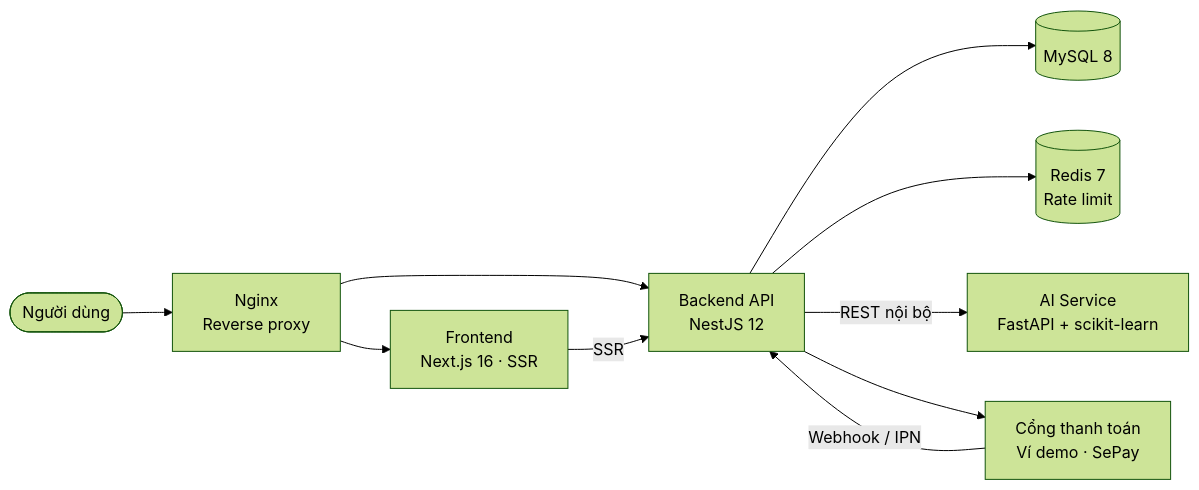
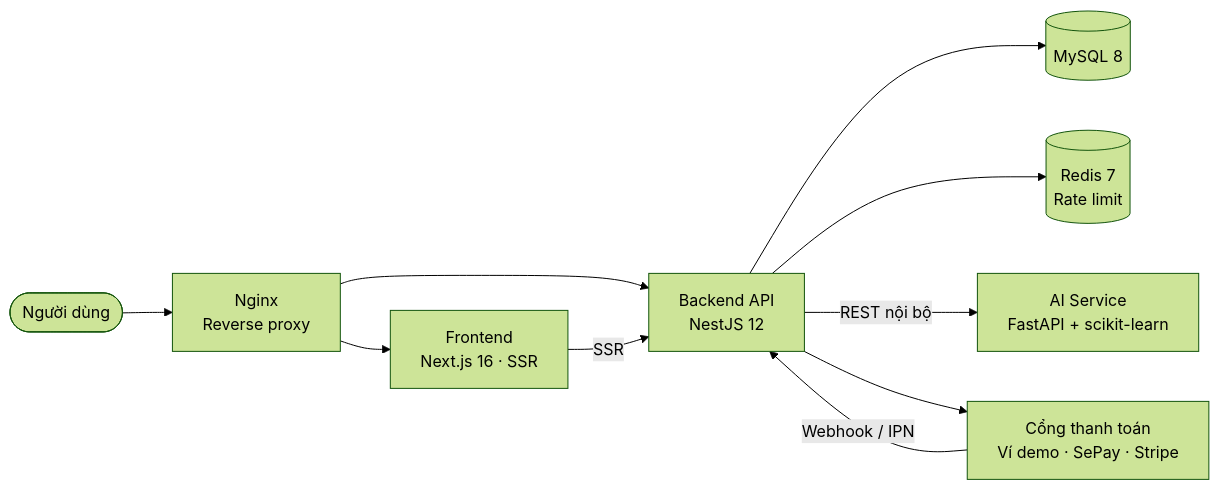
One commit to nhanhuutran007/DATN_2627_Website changed the fourth of 4 diagrams in README.md. Above: the diagram before and after it, drawn with Mermaid (forest theme). The commit also changed other lines of this file and 1 other file, not shown here.

````diff
--- a/README.md
+++ b/README.md
@@ -261,12 +263,12 @@
 ```mermaid
 flowchart LR
     U([Người dùng]) --> NG[Nginx<br/>Reverse proxy]
     NG --> FE[Frontend<br/>Next.js 16 · SSR]
     NG --> BE[Backend API<br/>NestJS 12]
     FE -- SSR --> BE
     BE --> DB[(MySQL 8)]
     BE --> RD[(Redis 7<br/>Rate limit)]
     BE -- REST nội bộ --> AI[AI Service<br/>FastAPI + scikit-learn]
-    BE --> PAY[Cổng thanh toán<br/>Ví demo · SePay]
+    BE --> PAY[Cổng thanh toán<br/>Ví demo · SePay · Stripe]
     PAY -- Webhook / IPN --> BE
 ```
````
